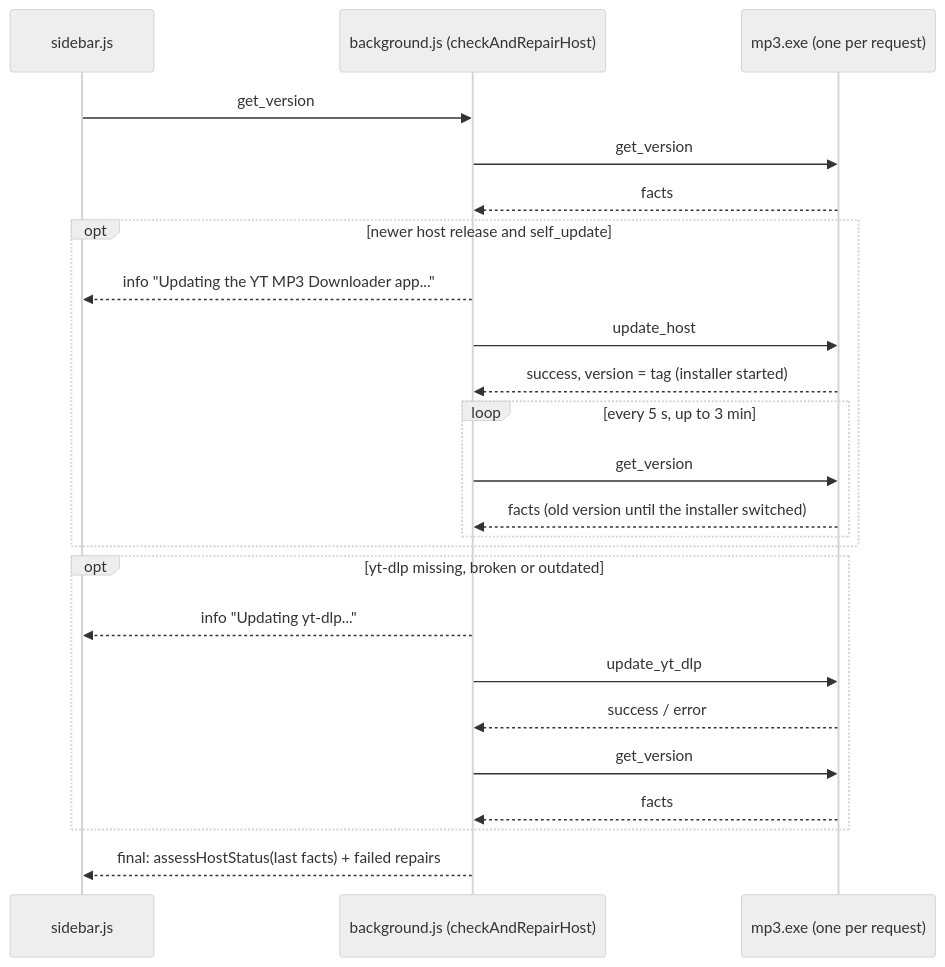
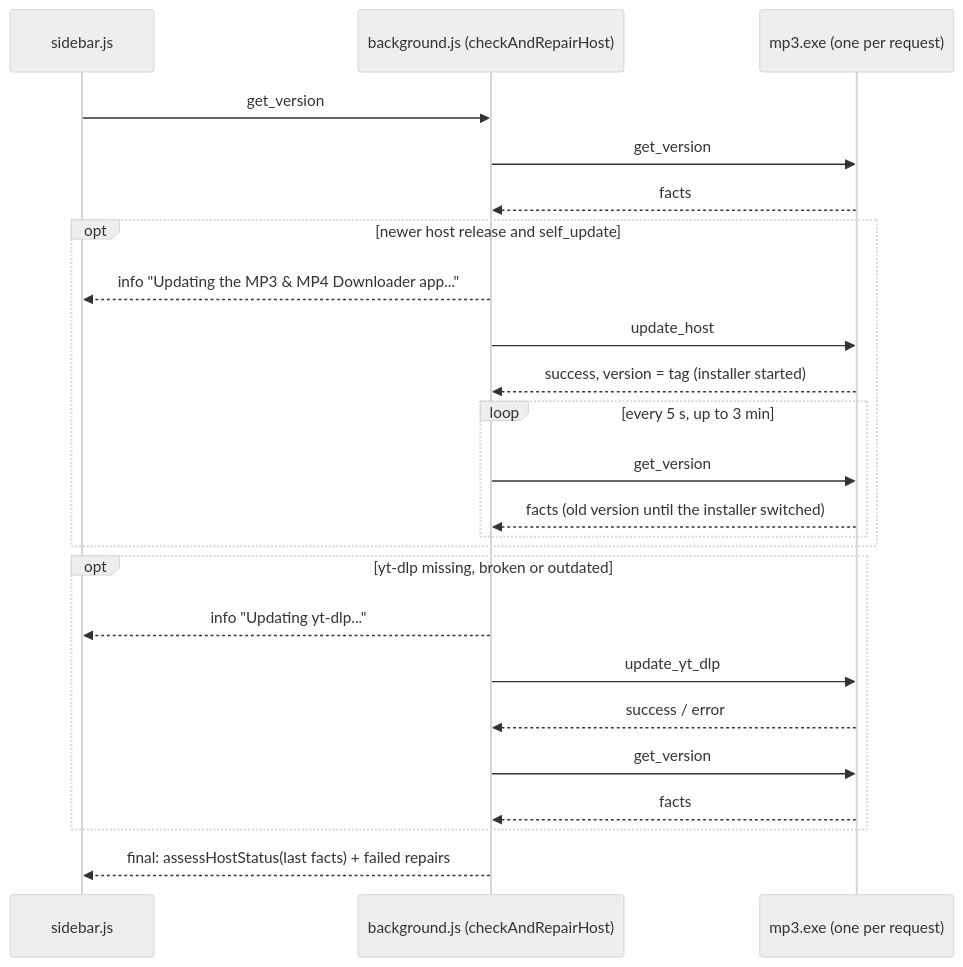
One commit to martin-iflap/YT-MP3-Downloader changed diagram 12 of 22 in ARCHITECTURE.md. Above: the diagram before and after it, drawn with Mermaid (neutral theme). The commit also changed other lines of this file and 12 other files, not shown here.

````diff
--- a/ARCHITECTURE.md
+++ b/ARCHITECTURE.md
@@ -801,27 +801,27 @@
 ```mermaid
 sequenceDiagram
     participant SB as sidebar.js
     participant BG as background.js (checkAndRepairHost)
     participant H as mp3.exe (one per request)
 
     SB->>BG: get_version
     BG->>H: get_version
     H-->>BG: facts
     opt newer host release and self_update
-        BG-->>SB: info "Updating the YT MP3 Downloader app..."
+        BG-->>SB: info "Updating the MP3 & MP4 Downloader app..."
         BG->>H: update_host
         H-->>BG: success, version = tag (installer started)
         loop every 5 s, up to 3 min
             BG->>H: get_version
             H-->>BG: facts (old version until the installer switched)
         end
     end
     opt yt-dlp missing, broken or outdated
         BG-->>SB: info "Updating yt-dlp..."
         BG->>H: update_yt_dlp
         H-->>BG: success / error
         BG->>H: get_version
         H-->>BG: facts
     end
     BG-->>SB: final: assessHostStatus(last facts) + failed repairs
 ```
````
